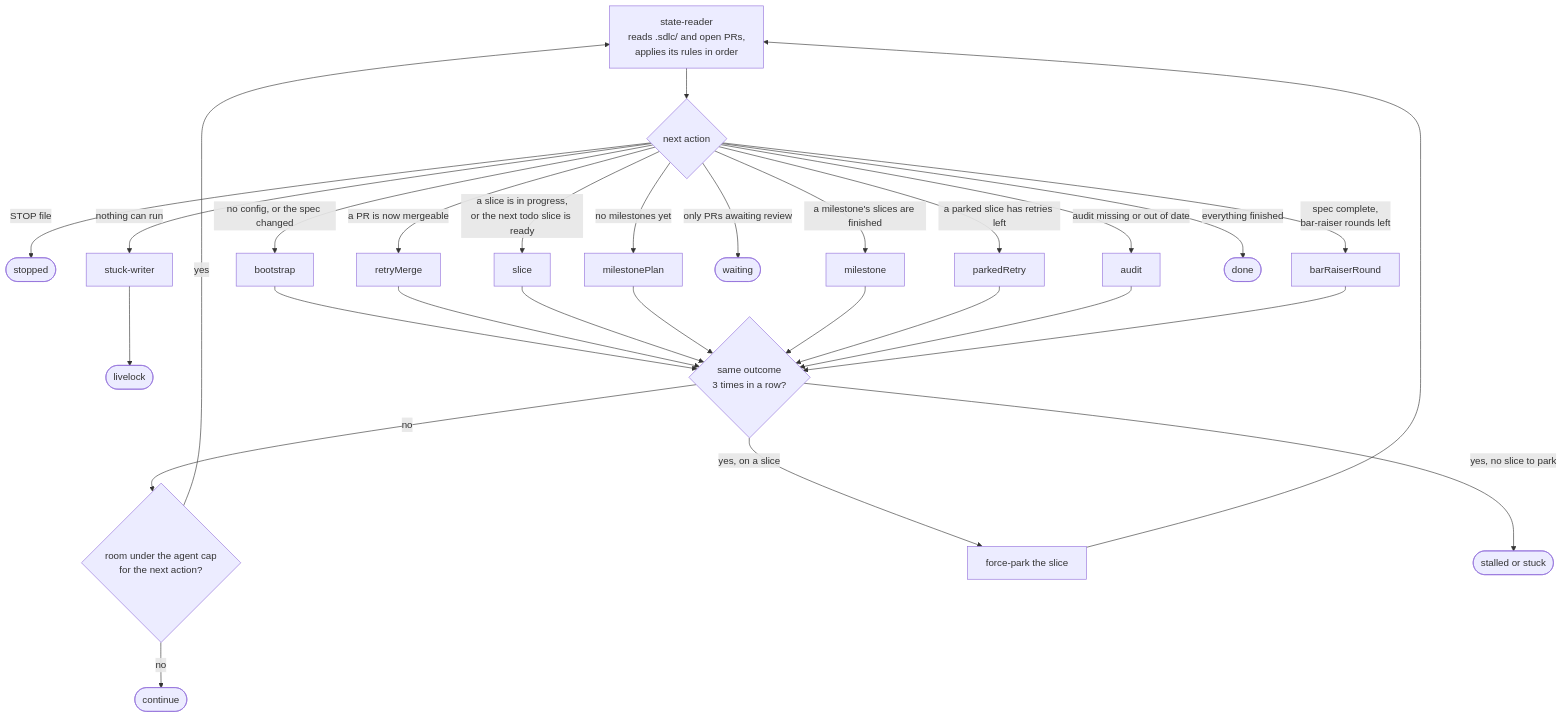
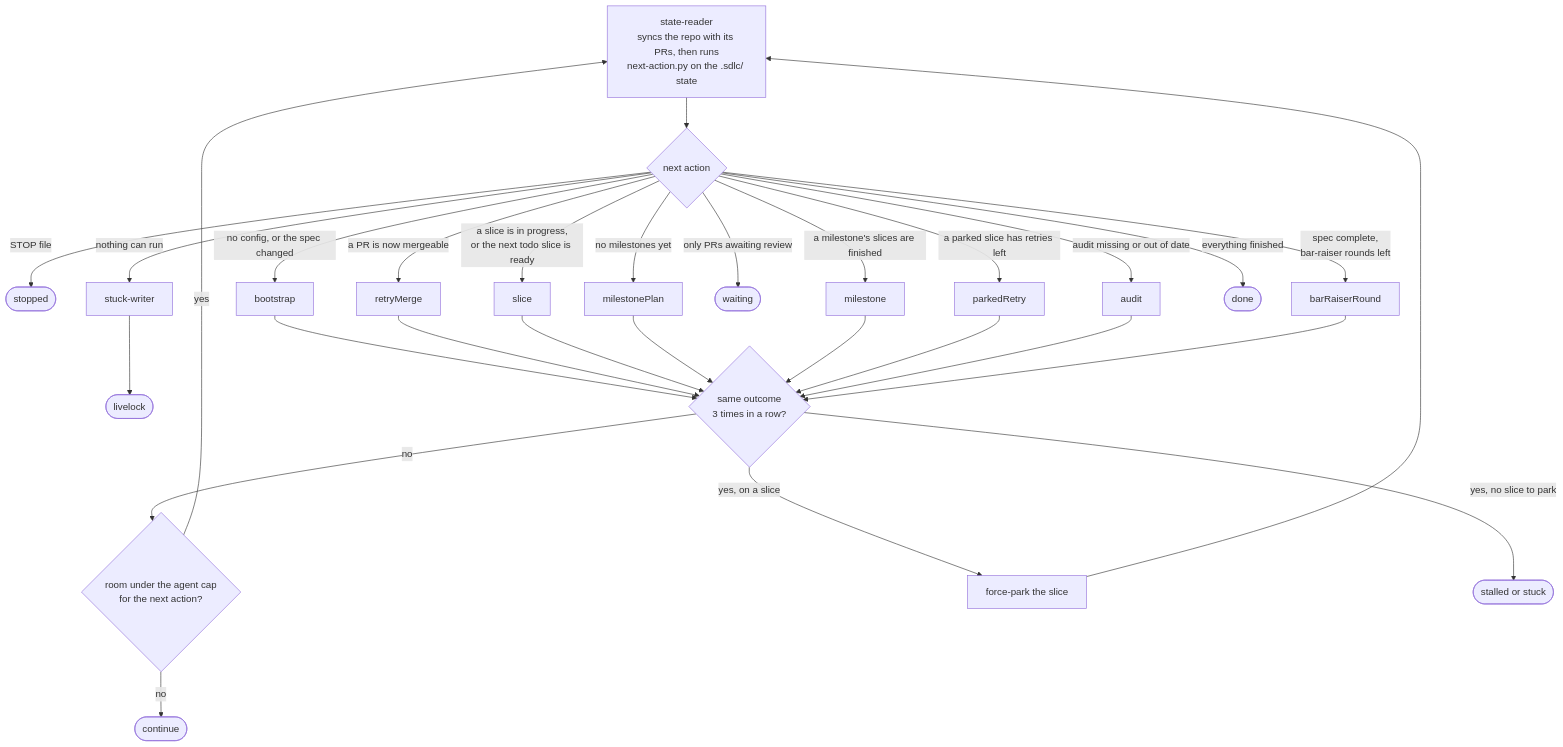
One commit to omarahr/sdlc changed the second of 8 diagrams in README.md. Above: the diagram before and after it, drawn with Mermaid. The commit also changed other lines of this file and 9 other files, not shown here.

First line of the commit message:
Decide the next action with a tested script, and run on the session model by default (#11)

````diff
--- a/README.md
+++ b/README.md
@@ -197,22 +198,22 @@
 ```mermaid
 flowchart TD
-  RS["state-reader<br/>reads .sdlc/ and open PRs,<br/>applies its rules in order"] --> D{"next action"}
+  RS["state-reader<br/>syncs the repo with its PRs, then runs<br/>next-action.py on the .sdlc/ state"] --> D{"next action"}
   D -- "STOP file" --> stop(["stopped"])
   D -- "no config, or the spec changed" --> BS["bootstrap"]
   D -- "a PR is now mergeable" --> RM["retryMerge"]
   D -- "a slice is in progress,<br/>or the next todo slice is ready" --> SL["slice"]
   D -- "no milestones yet" --> MP["milestonePlan"]
   D -- "a milestone's slices are finished" --> MS["milestone"]
   D -- "a parked slice has retries left" --> PR["parkedRetry"]
   D -- "only PRs awaiting review" --> wait(["waiting"])
   D -- "audit missing or out of date" --> AU["audit"]
   D -- "nothing can run" --> LL["stuck-writer"] --> ll(["livelock"])
   D -- "spec complete,<br/>bar-raiser rounds left" --> BR["barRaiserRound"]
   D -- "everything finished" --> done(["done"])
   BS & RM & SL & MP & MS & PR & AU & BR --> G{"same outcome<br/>3 times in a row?"}
   G -- no --> H{"room under the agent cap<br/>for the next action?"}
   H -- yes --> RS
   H -- no --> cont(["continue"])
   G -- "yes, on a slice" --> FP["force-park the slice"] --> RS
   G -- "yes, no slice to park" --> st(["stalled or stuck"])
 ```
````
